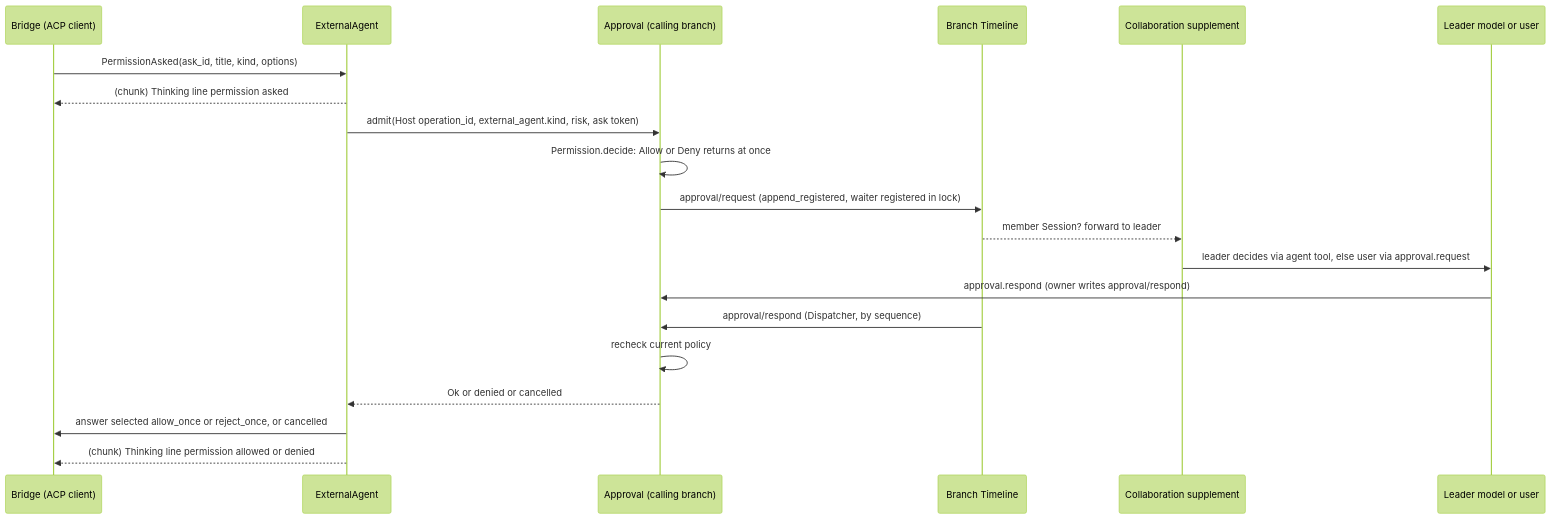
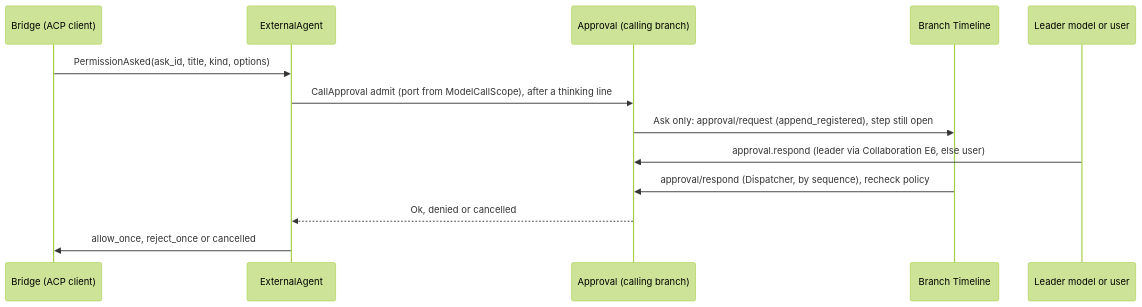
The fourth of 5 diagrams in docs/design/plugins/ExternalAgent.md (CoutinhoTTS/dim-agent), drawn with Mermaid (forest theme) before and after one commit. The commit also changed other lines of this file and 3 other files, not shown here.

Commit message:
docs(design): simplify Workflow, ExternalAgent, AcpGateway and Web designs

````diff
--- a/docs/design/plugins/ExternalAgent.md
+++ b/docs/design/plugins/ExternalAgent.md
@@ -130,22 +130,15 @@
 ```mermaid
 sequenceDiagram
   participant BR as Bridge (ACP client)
   participant EA as ExternalAgent
   participant AP as Approval (calling branch)
   participant TL as Branch Timeline
-  participant CO as Collaboration supplement
   participant U as Leader model or user
   BR->>EA: PermissionAsked(ask_id, title, kind, options)
-  EA-->>BR: (chunk) Thinking line permission asked
-  EA->>AP: admit(Host operation_id, external_agent.kind, risk, ask token)
-  AP->>AP: Permission.decide: Allow or Deny returns at once
-  AP->>TL: approval/request (append_registered, waiter registered in lock)
-  TL-->>CO: member Session? forward to leader
-  CO->>U: leader decides via agent tool, else user via approval.request
-  U->>AP: approval.respond (owner writes approval/respond)
-  TL->>AP: approval/respond (Dispatcher, by sequence)
-  AP->>AP: recheck current policy
-  AP-->>EA: Ok or denied or cancelled
-  EA->>BR: answer selected allow_once or reject_once, or cancelled
-  EA-->>BR: (chunk) Thinking line permission allowed or denied
+  EA->>AP: CallApproval admit (port from ModelCallScope), after a thinking line
+  AP->>TL: Ask only: approval/request (append_registered), step still open
+  U->>AP: approval.respond (leader via Collaboration E6, else user)
+  TL->>AP: approval/respond (Dispatcher, by sequence), recheck policy
+  AP-->>EA: Ok, denied or cancelled
+  EA->>BR: allow_once, reject_once or cancelled
 ```
````
